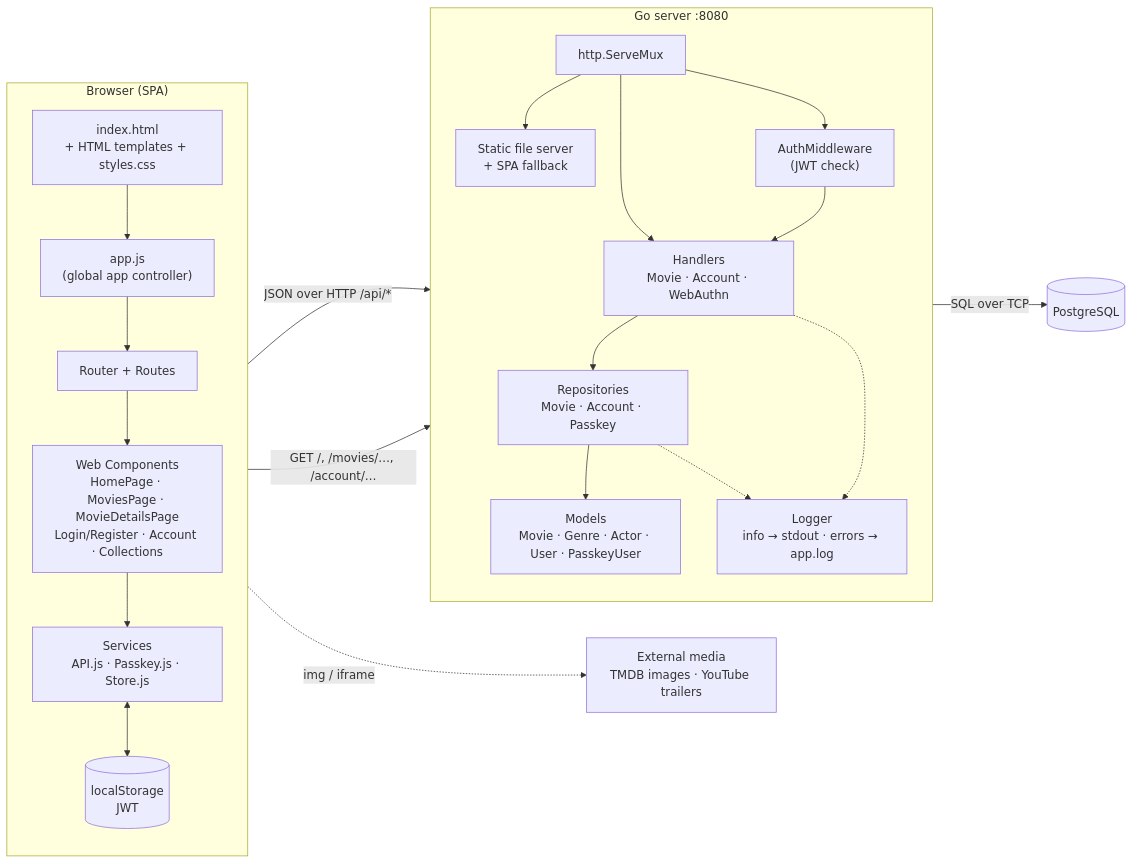
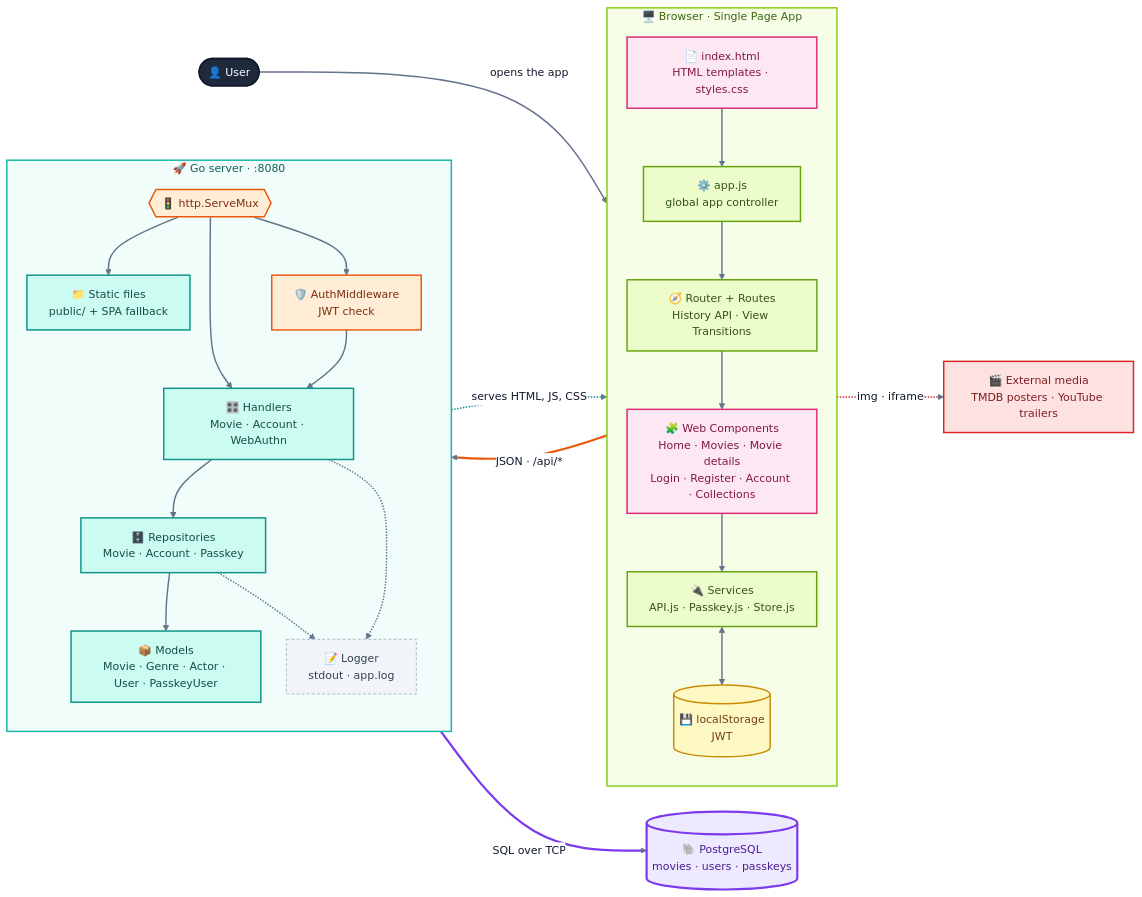
Before and after one commit to dhruv2223/reeling-it: the first of 4 diagrams in README.md, drawn with Mermaid. The commit also changed other lines of this file, not shown here.

First line of the commit message:
Restyle README architecture diagrams with colour and icons

````diff
--- a/README.md
+++ b/README.md
@@ -56,41 +56,72 @@
 ```mermaid
+%%{init: {"theme": "base", "themeVariables": {"fontFamily": "Inter, Segoe UI, Helvetica, Arial, sans-serif", "fontSize": "15px", "lineColor": "#64748b", "edgeLabelBackground": "#ffffff", "primaryTextColor": "#0f172a"}, "flowchart": {"curve": "basis", "nodeSpacing": 35, "rankSpacing": 55}}}%%
 flowchart LR
-    subgraph Browser["Browser (SPA)"]
+    User(["👤 User"])
+
+    subgraph Browser["🖥️ Browser · Single Page App"]
         direction TB
-        HTML["index.html<br/>+ HTML templates + styles.css"]
-        App["app.js<br/>(global app controller)"]
-        Router["Router + Routes"]
-        Pages["Web Components<br/>HomePage · MoviesPage · MovieDetailsPage<br/>Login/Register · Account · Collections"]
-        Services["Services<br/>API.js · Passkey.js · Store.js"]
-        LS[("localStorage<br/>JWT")]
-        HTML --> App
-        App --> Router --> Pages
-        Pages --> Services
+        HTML["📄 index.html<br/>HTML templates · styles.css"]
+        App["⚙️ app.js<br/>global app controller"]
+        Router["🧭 Router + Routes<br/>History API · View Transitions"]
+        Pages["🧩 Web Components<br/>Home · Movies · Movie details<br/>Login · Register · Account · Collections"]
+        Services["🔌 Services<br/>API.js · Passkey.js · Store.js"]
+        LS[("💾 localStorage<br/>JWT")]
+        HTML --> App --> Router --> Pages --> Services
         Services <--> LS
     end
 
-    subgraph Server["Go server :8080"]
+    subgraph Server["🚀 Go server · :8080"]
         direction TB
-        Mux["http.ServeMux"]
-        Static["Static file server<br/>+ SPA fallback"]
-        MW["AuthMiddleware<br/>(JWT check)"]
-        H["Handlers<br/>Movie · Account · WebAuthn"]
-        R["Repositories<br/>Movie · Account · Passkey"]
-        M["Models<br/>Movie · Genre · Actor · User · PasskeyUser"]
-        Log["Logger<br/>info → stdout · errors → app.log"]
+        Mux{{"🚦 http.ServeMux"}}
+        Static["📁 Static files<br/>public/ + SPA fallback"]
+        MW["🛡️ AuthMiddleware<br/>JWT check"]
+        H["🎛️ Handlers<br/>Movie · Account · WebAuthn"]
+        R["🗄️ Repositories<br/>Movie · Account · Passkey"]
+        M["📦 Models<br/>Movie · Genre · Actor · User · PasskeyUser"]
+        Log["📝 Logger<br/>stdout · app.log"]
         Mux --> Static
         Mux --> H
         Mux --> MW --> H
         H --> R --> M
         H -.-> Log
         R -.-> Log
     end
 
-    DB[("PostgreSQL")]
-    Ext["External media<br/>TMDB images · YouTube trailers"]
+    DB[("🐘 PostgreSQL<br/>movies · users · passkeys")]
+    Ext["🎬 External media<br/>TMDB posters · YouTube trailers"]
 
-    Services -->|"JSON over HTTP /api/*"| Mux
-    Browser -->|"GET /, /movies/…, /account/…"| Static
-    R -->|"SQL over TCP"| DB
-    Pages -.->|"img / iframe"| Ext
+    User -->|"opens the app"| HTML
+    Static -.->|"serves HTML, JS, CSS"| HTML
+    Services ==>|"JSON · /api/*"| Mux
+    R ==>|"SQL over TCP"| DB
+    Pages -.->|"img · iframe"| Ext
+
+    classDef user fill:#1e293b,stroke:#0f172a,stroke-width:2px,color:#ffffff
+    classDef ui fill:#fce7f3,stroke:#db2777,stroke-width:2px,color:#831843
+    classDef js fill:#ecfccb,stroke:#65a30d,stroke-width:2px,color:#365314
+    classDef store fill:#fef9c3,stroke:#ca8a04,stroke-width:2px,color:#713f12
+    classDef gate fill:#ffedd5,stroke:#ea580c,stroke-width:2px,color:#7c2d12
+    classDef go fill:#ccfbf1,stroke:#0d9488,stroke-width:2px,color:#134e4a
+    classDef log fill:#f1f5f9,stroke:#94a3b8,stroke-width:1px,stroke-dasharray:4 3,color:#334155
+    classDef db fill:#ede9fe,stroke:#7c3aed,stroke-width:3px,color:#4c1d95
+    classDef ext fill:#fee2e2,stroke:#dc2626,stroke-width:2px,color:#7f1d1d
+
+    class User user
+    class HTML,Pages ui
+    class App,Router,Services js
+    class LS store
+    class Mux,MW gate
+    class Static,H,R,M go
+    class Log log
+    class DB db
+    class Ext ext
+
+    style Browser fill:#f7fee7,stroke:#84cc16,stroke-width:2px,color:#3f6212
+    style Server fill:#f0fdfa,stroke:#14b8a6,stroke-width:2px,color:#115e59
+
+    linkStyle default stroke:#64748b,stroke-width:2px
+    linkStyle 14 stroke:#0d9488,stroke-width:2px
+    linkStyle 15 stroke:#ea580c,stroke-width:3px
+    linkStyle 16 stroke:#7c3aed,stroke-width:3px
+    linkStyle 17 stroke:#dc2626,stroke-width:2px
 ```
````
